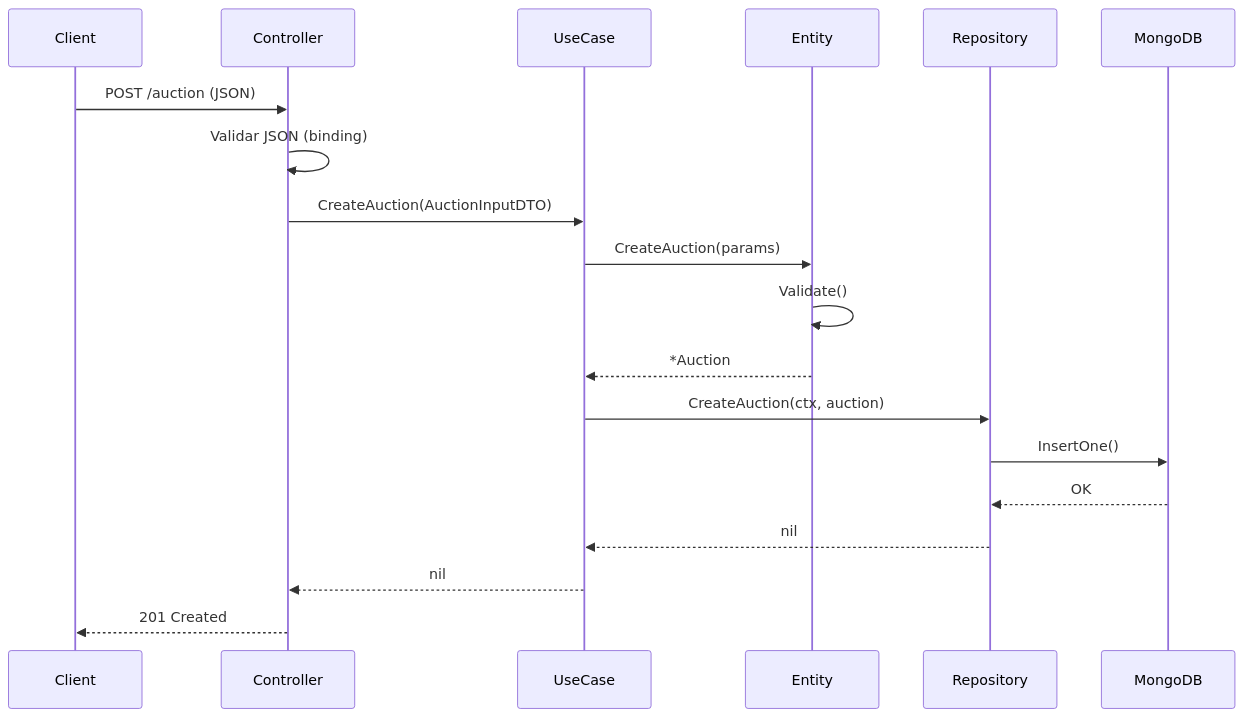
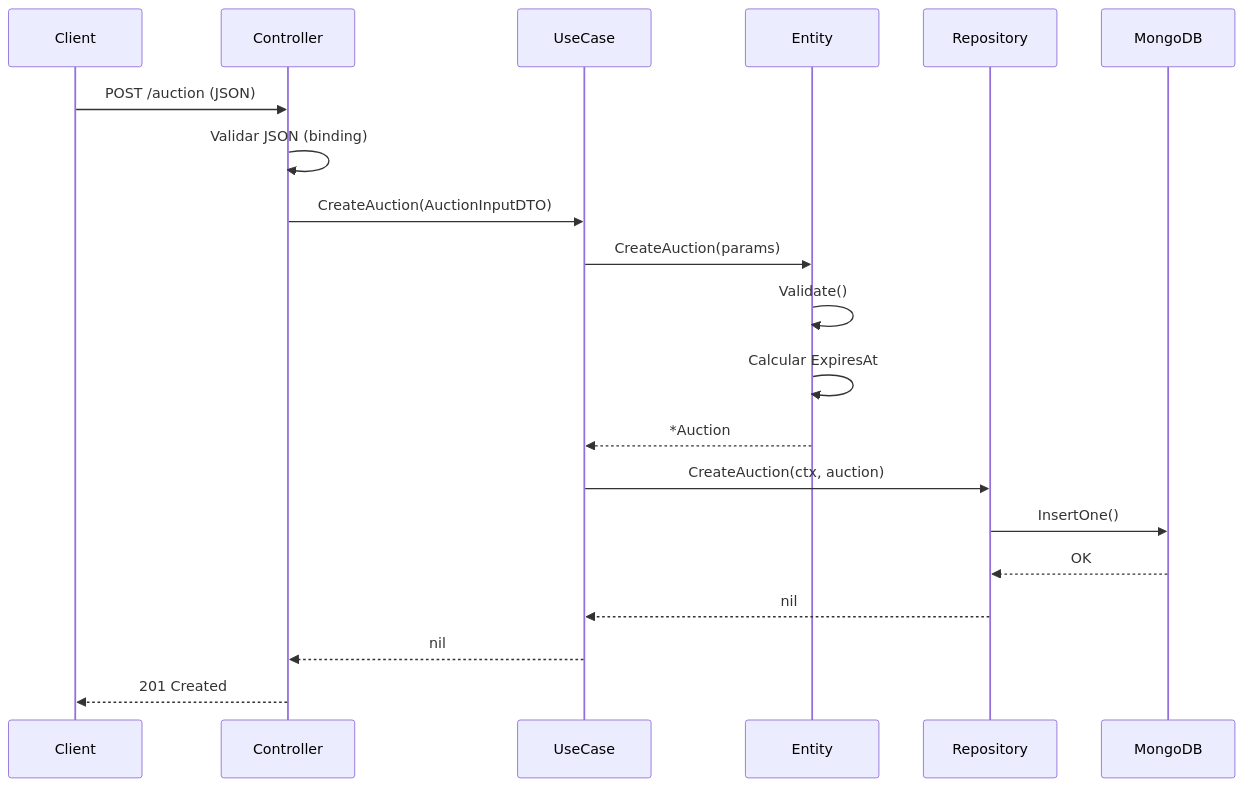
One commit to markuscandido/go-expert-desafio-concorrencia-com-golang-leilao changed the first of 5 diagrams in doc/DATA_FLOW.md. Above: the diagram before and after it, drawn with Mermaid. The commit also changed other lines of this file and 7 other files, not shown here.

````diff
--- a/doc/DATA_FLOW.md
+++ b/doc/DATA_FLOW.md
@@ -7,22 +7,23 @@
 ```mermaid
 sequenceDiagram
     participant Client
     participant Controller
     participant UseCase
     participant Entity
     participant Repository
     participant MongoDB
 
     Client->>Controller: POST /auction (JSON)
     Controller->>Controller: Validar JSON (binding)
     Controller->>UseCase: CreateAuction(AuctionInputDTO)
     UseCase->>Entity: CreateAuction(params)
     Entity->>Entity: Validate()
+    Entity->>Entity: Calcular ExpiresAt
     Entity-->>UseCase: *Auction
     UseCase->>Repository: CreateAuction(ctx, auction)
     Repository->>MongoDB: InsertOne()
     MongoDB-->>Repository: OK
     Repository-->>UseCase: nil
     UseCase-->>Controller: nil
     Controller-->>Client: 201 Created
 ```
````
